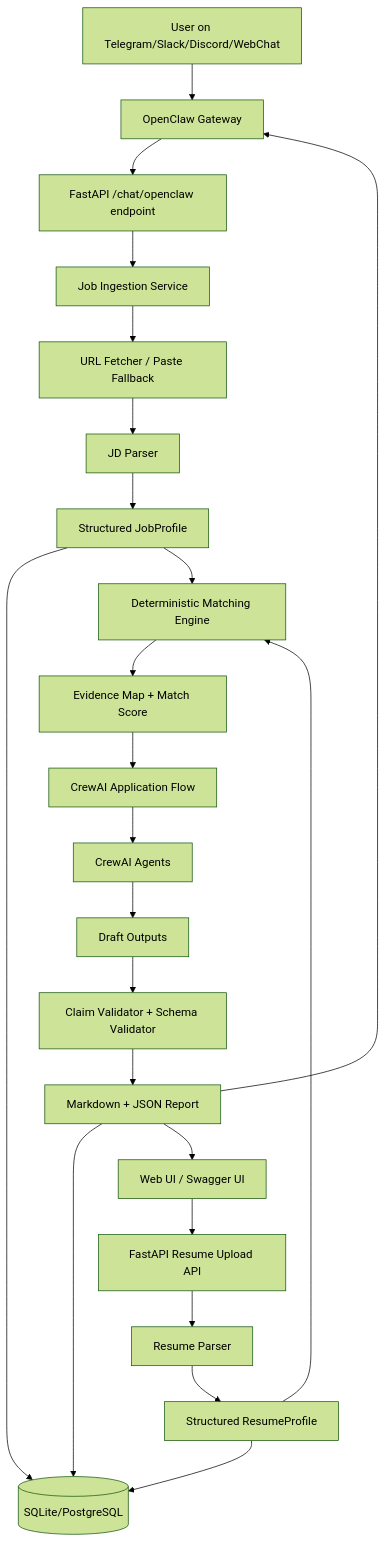
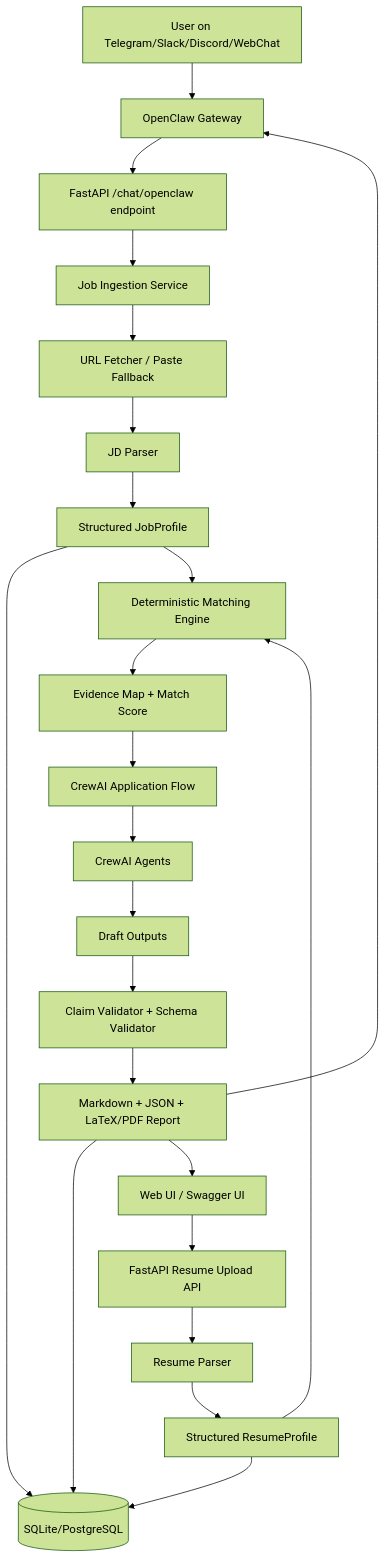
The first of 2 diagrams in Docs/crewai-job-copilot-mvp-docs/docs/03_ARCHITECTURE.md (AdityaChaudhari901/ResumePilot), drawn with Mermaid (forest theme) before and after one commit. The commit also changed other lines of this file and 20 other files, not shown here.

````diff
--- a/Docs/crewai-job-copilot-mvp-docs/docs/03_ARCHITECTURE.md
+++ b/Docs/crewai-job-copilot-mvp-docs/docs/03_ARCHITECTURE.md
@@ -5,30 +5,30 @@
 ```mermaid
 flowchart TD
     User[User on Telegram/Slack/Discord/WebChat] --> OC[OpenClaw Gateway]
     OC --> ChatAPI[FastAPI /chat/openclaw endpoint]
 
     WebUI[Web UI / Swagger UI] --> ResumeAPI[FastAPI Resume Upload API]
     ResumeAPI --> Parser[Resume Parser]
     Parser --> ResumeProfile[Structured ResumeProfile]
     ResumeProfile --> DB[(SQLite/PostgreSQL)]
 
     ChatAPI --> JobIngest[Job Ingestion Service]
     JobIngest --> Fetcher[URL Fetcher / Paste Fallback]
     Fetcher --> JDParser[JD Parser]
     JDParser --> JobProfile[Structured JobProfile]
     JobProfile --> DB
 
     ResumeProfile --> Matcher[Deterministic Matching Engine]
     JobProfile --> Matcher
     Matcher --> Evidence[Evidence Map + Match Score]
 
     Evidence --> Flow[CrewAI Application Flow]
     Flow --> Agents[CrewAI Agents]
     Agents --> Drafts[Draft Outputs]
 
     Drafts --> Validator[Claim Validator + Schema Validator]
-    Validator --> Report[Markdown + JSON Report]
+    Validator --> Report[Markdown + JSON + LaTeX/PDF Report]
     Report --> DB
     Report --> OC
     Report --> WebUI
 ```
````
